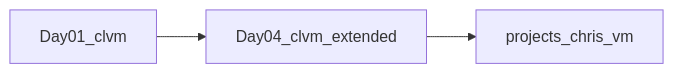
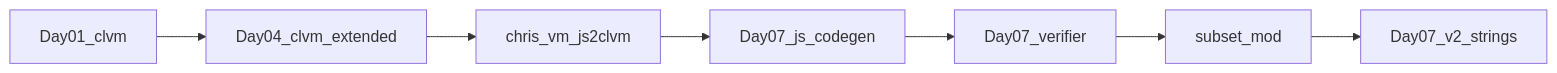
One commit to christianrss/chris-low-level changed the third of 8 diagrams in docs/LEARNING_PATHS.md. Above: the diagram before and after it, drawn with Mermaid. The commit also changed other lines of this file and 107 other files, not shown here.

````diff
--- a/docs/LEARNING_PATHS.md
+++ b/docs/LEARNING_PATHS.md
@@ -49,5 +49,9 @@
 ```mermaid
 flowchart LR
   d1[Day01_clvm] --> d4[Day04_clvm_extended]
-  d4 --> cap[projects_chris_vm]
+  d4 --> cap[chris_vm_js2clvm]
+  cap --> n1[Day07_js_codegen]
+  n1 --> n2[Day07_verifier]
+  n2 --> n3[subset_mod]
+  n3 --> n4[Day07_v2_strings]
 ```
````
